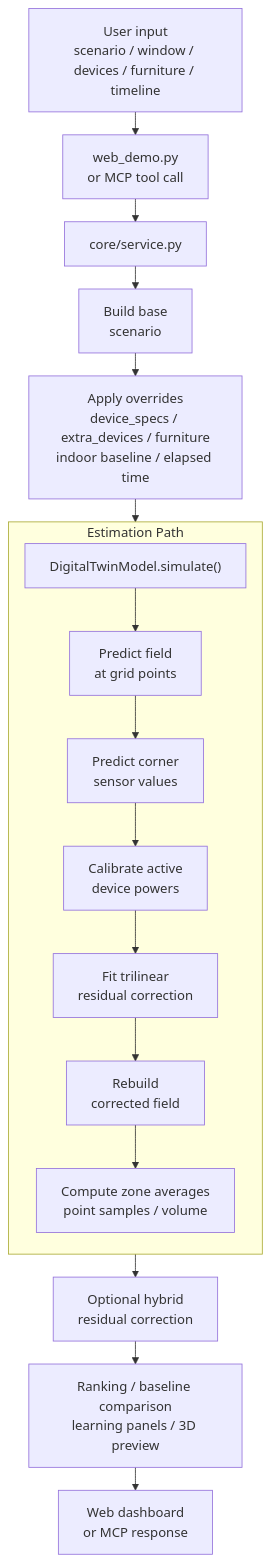
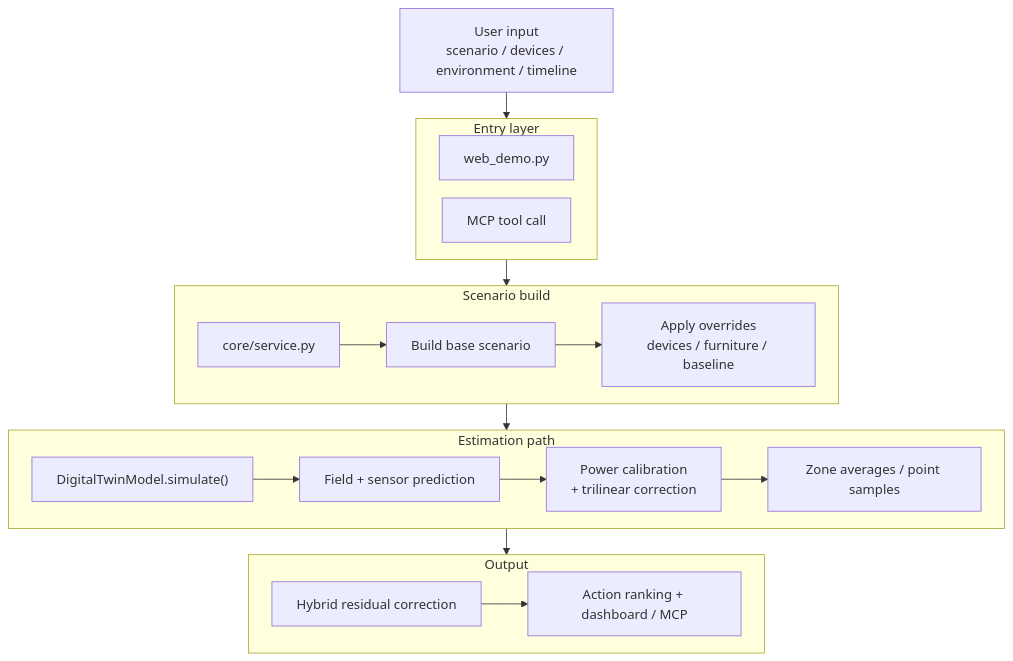
Before and after one commit to Yunitrish006006/A-Spatial-Digital-Twin-Prototype-for-Indoor-Spaces-with-Environmental-Factors: the second of 8 diagrams in docs/thesis/system_architecture_diagrams_zh.md, drawn with Mermaid. The commit also changed other lines of this file and 15 other files, not shown here.

First line of the commit message:
Refactor system architecture diagrams and thesis draft with enhanced clarity and additional figures

````diff
--- a/docs/thesis/system_architecture_diagrams_zh.md
+++ b/docs/thesis/system_architecture_diagrams_zh.md
@@ -29,23 +29,34 @@
 ```mermaid
-%%{init: {'flowchart': {'nodeSpacing': 20, 'rankSpacing': 28}} }%%
+%%{init: {'flowchart': {'nodeSpacing': 22, 'rankSpacing': 32}} }%%
 flowchart TB
-    A["User input<br/>scenario / window / devices / furniture / timeline"] --> B["web_demo.py<br/>or MCP tool call"]
-    B --> C["core/service.py"]
-    C --> D["Build base<br/>scenario"]
-    D --> E["Apply overrides<br/>device_specs / extra_devices / furniture<br/>indoor baseline / elapsed time"]
-    E --> F["DigitalTwinModel.simulate()"]
+    A["User input\nscenario / devices / environment / timeline"]
 
-    subgraph Estimate["Estimation Path"]
-        direction TB
-        F --> G["Predict field<br/>at grid points"]
-        G --> H["Predict corner<br/>sensor values"]
-        H --> I["Calibrate active<br/>device powers"]
-        I --> J["Fit trilinear<br/>residual correction"]
-        J --> K["Rebuild<br/>corrected field"]
-        K --> L["Compute zone averages<br/>point samples / volume"]
+    subgraph Entry["Entry layer"]
+        direction LR
+        B1["web_demo.py"]
+        B2["MCP tool call"]
     end
 
-    L --> M["Optional hybrid<br/>residual correction"]
-    M --> N["Ranking / baseline comparison<br/>learning panels / 3D preview"]
-    N --> O["Web dashboard<br/>or MCP response"]
+    subgraph Build["Scenario build"]
+        direction LR
+        C["core/service.py"] --> D["Build base scenario"]
+        D --> E["Apply overrides\ndevices / furniture / baseline"]
+    end
+
+    subgraph Estimate["Estimation path"]
+        direction LR
+        F["DigitalTwinModel.simulate()"] --> G["Field + sensor prediction"]
+        G --> H["Power calibration\n+ trilinear correction"]
+        H --> I["Zone averages / point samples"]
+    end
+
+    subgraph Output["Output"]
+        direction LR
+        M["Hybrid residual correction"] --> N["Action ranking + dashboard / MCP"]
+    end
+
+    A --> Entry
+    Entry --> Build
+    Build --> Estimate
+    Estimate --> Output
 ```
````
